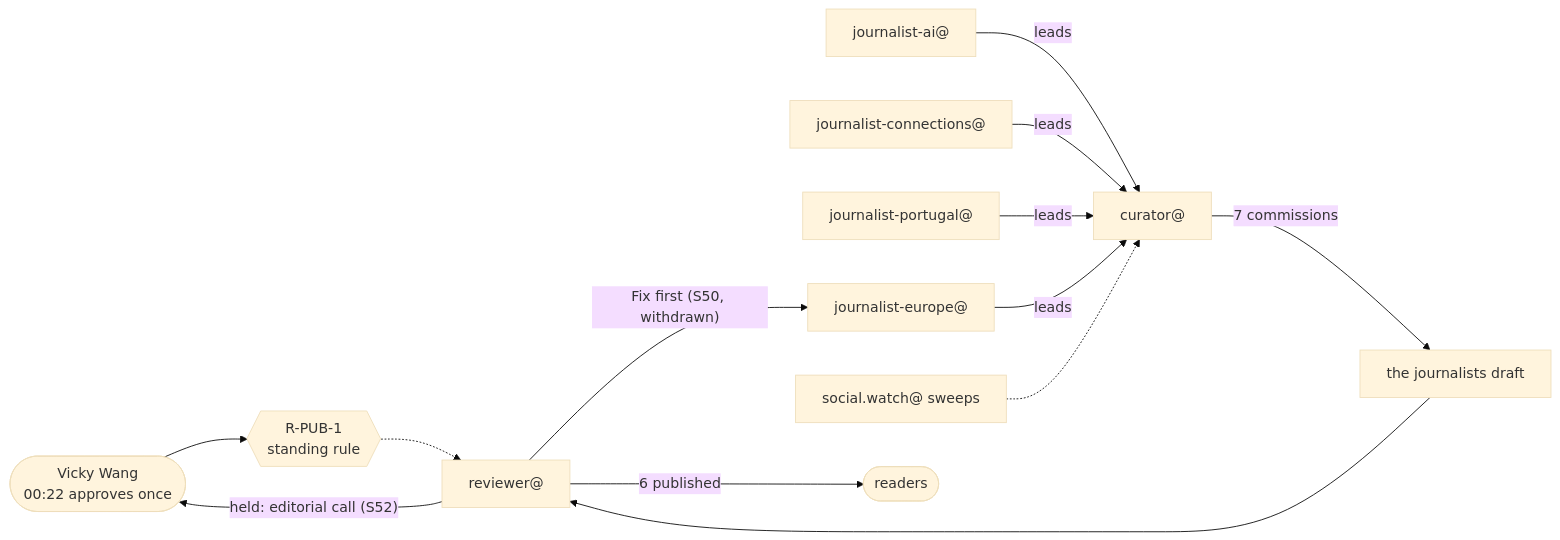
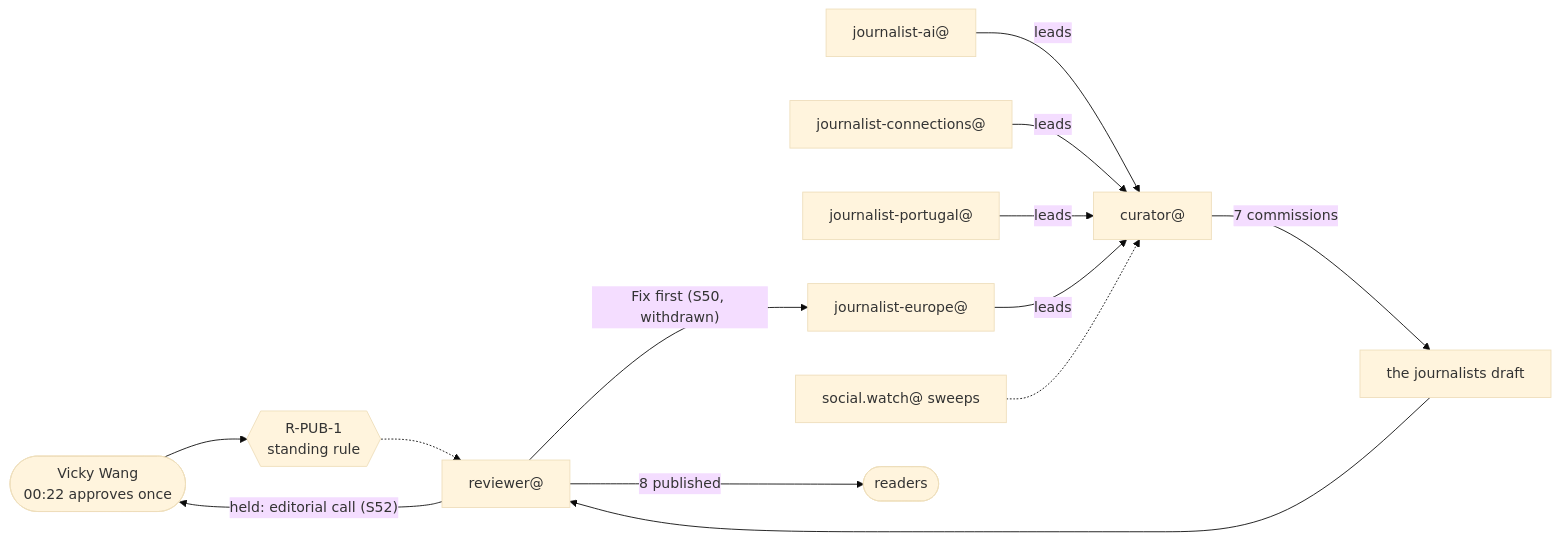
The diagram in board/team/journalist.newsroom/stories/the-discovery.md (PrompTugal/PrompTugal__News__Website), drawn with Mermaid (base theme) before and after one commit. The commit also changed other lines of this file and 25 other files, not shown here.

````diff
--- a/board/team/journalist.newsroom/stories/the-discovery.md
+++ b/board/team/journalist.newsroom/stories/the-discovery.md
@@ -55,15 +61,15 @@
 ```mermaid
 flowchart LR
   V(["Vicky Wang<br/>00:22 approves once"]) --> R1{{"R-PUB-1<br/>standing rule"}}
   B1["journalist-ai@"] -- leads --> C["curator@"]
   B2["journalist-connections@"] -- leads --> C
   B3["journalist-portugal@"] -- leads --> C
   B4["journalist-europe@"] -- leads --> C
   S["social.watch@ sweeps"] -.-> C
   C -- 7 commissions --> J["the journalists draft"]
   J --> Rv["reviewer@"]
   R1 -.-> Rv
-  Rv -- 6 published --> Rd(["readers"])
+  Rv -- 8 published --> Rd(["readers"])
   Rv -- "Fix first (S50, withdrawn)" --> B4
   Rv -- "held: editorial call (S52)" --> V
 ```
````
